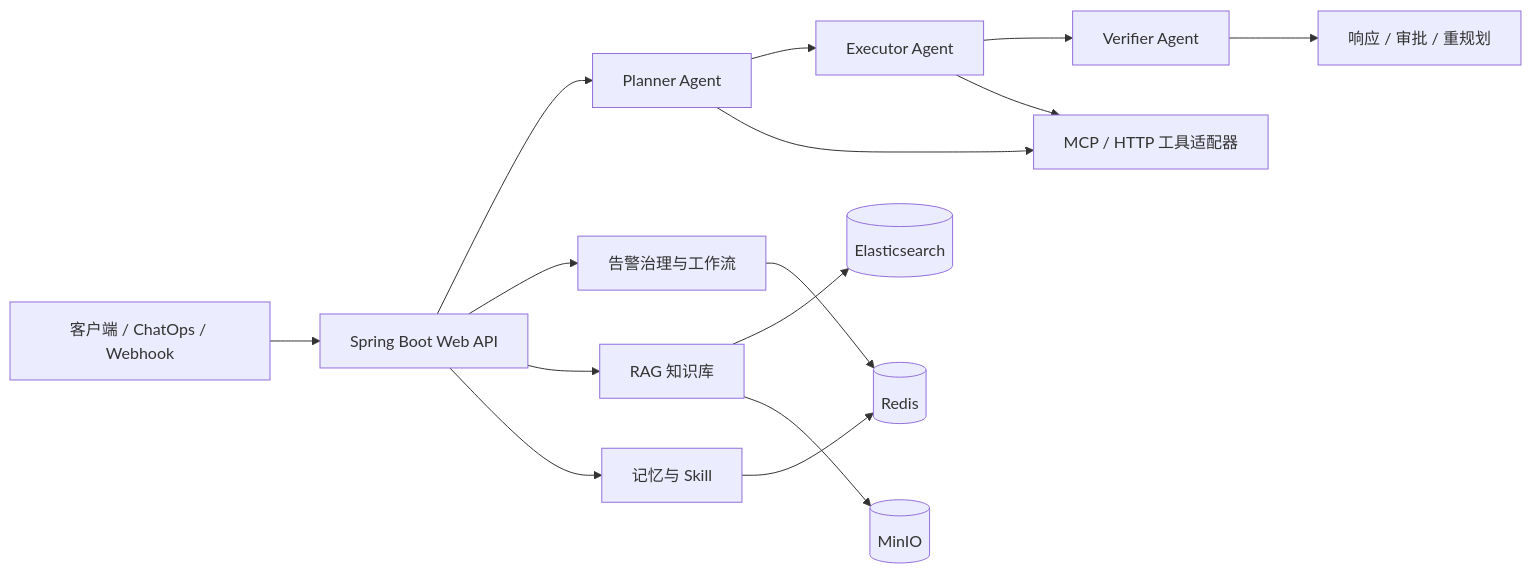
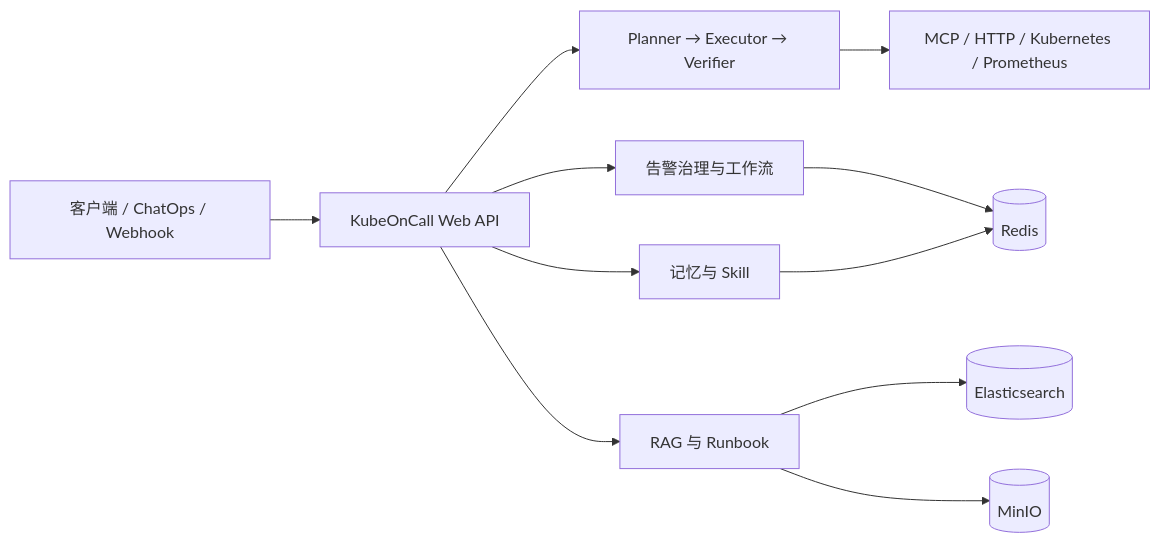
The diagram in README.md (oxygen914/kubeoncall), drawn with Mermaid before and after one commit. The commit also changed other lines of this file and 8 other files, not shown here.

````diff
--- a/README.md
+++ b/README.md
@@ -19,17 +23,13 @@
 ```mermaid
 flowchart LR
-    C[客户端 / ChatOps / Webhook] --> W[Spring Boot Web API]
-    W --> A[Planner Agent]
-    A --> X[Executor Agent]
-    X --> V[Verifier Agent]
-    V --> R[响应 / 审批 / 重规划]
-    A --> T[MCP / HTTP 工具适配器]
-    X --> T
-    W --> G[告警治理与工作流]
-    W --> K[RAG 知识库]
-    W --> M[记忆与 Skill]
-    G --> Redis[(Redis)]
-    M --> Redis
-    K --> ES[(Elasticsearch)]
-    K --> MinIO[(MinIO)]
+    C["客户端 / ChatOps / Webhook"] --> API["KubeOnCall Web API"]
+    API --> Agent["Planner → Executor → Verifier"]
+    API --> Alarm["告警治理与工作流"]
+    API --> RAG["RAG 与 Runbook"]
+    API --> Memory["记忆与 Skill"]
+    Agent --> Tools["MCP / HTTP / Kubernetes / Prometheus"]
+    Alarm --> Redis[("Redis")]
+    Memory --> Redis
+    RAG --> ES[("Elasticsearch")]
+    RAG --> MinIO[("MinIO")]
 ```
````
